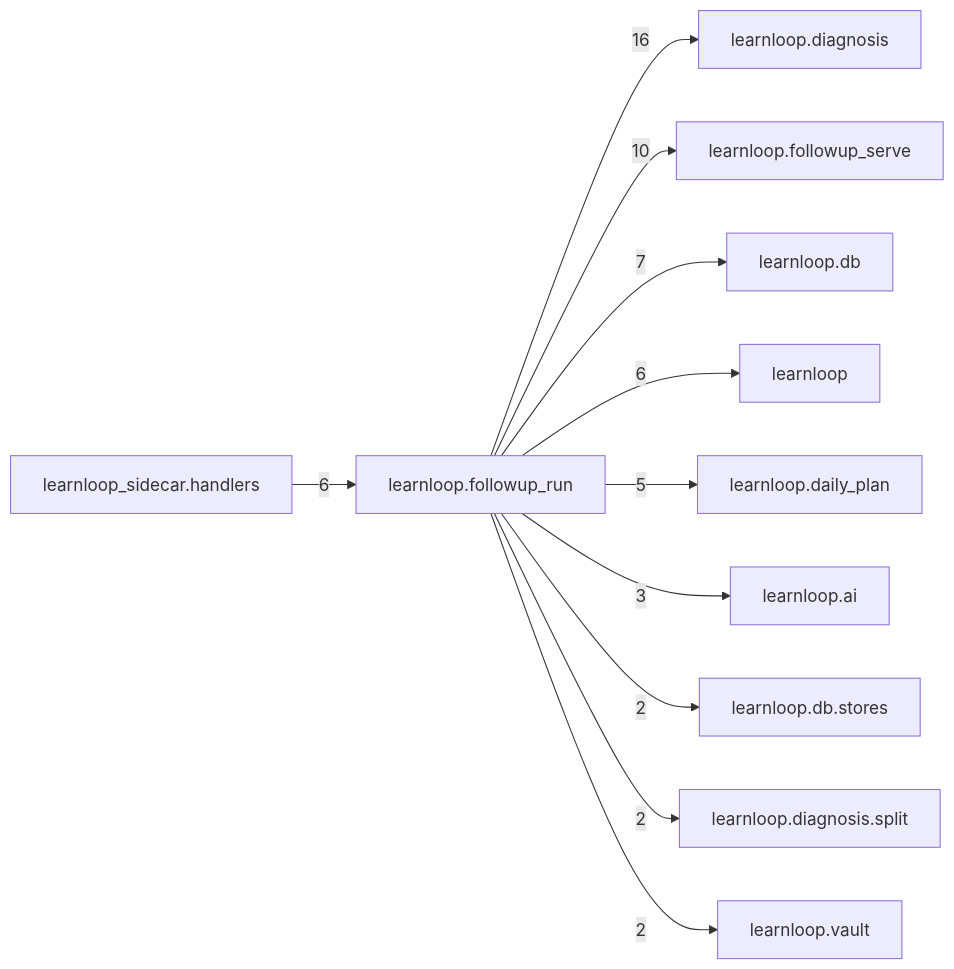
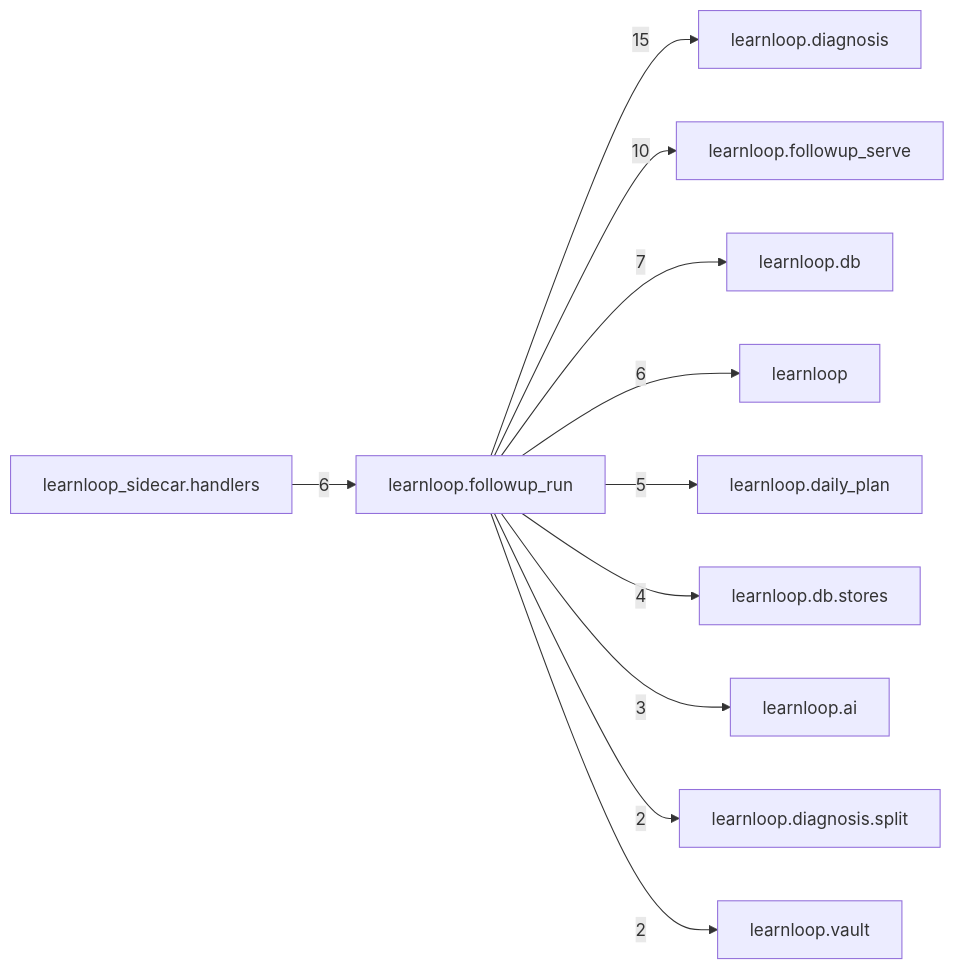
One commit to 6up-b/learnanything changed the diagram in docs/learnloop-architecture-vault/Reference/Modules/learnloop/followup_run/_package.md. Above: the diagram before and after it, drawn with Mermaid. The commit also changed other lines of this file and 543 other files, not shown here.

````diff
--- a/docs/learnloop-architecture-vault/Reference/Modules/learnloop/followup_run/_package.md
+++ b/docs/learnloop-architecture-vault/Reference/Modules/learnloop/followup_run/_package.md
@@ -92,24 +92,24 @@
 ```mermaid
 flowchart LR
     center["learnloop.followup_run"]
     n_learnloop_diagnosis["learnloop.diagnosis"]
     n_learnloop_followup_serve["learnloop.followup_serve"]
     n_learnloop_db["learnloop.db"]
     n_learnloop["learnloop"]
     n_learnloop_sidecar_handlers["learnloop_sidecar.handlers"]
     n_learnloop_daily_plan["learnloop.daily_plan"]
+    n_learnloop_db_stores["learnloop.db.stores"]
     n_learnloop_ai["learnloop.ai"]
-    n_learnloop_db_stores["learnloop.db.stores"]
     n_learnloop_diagnosis_split["learnloop.diagnosis.split"]
     n_learnloop_vault["learnloop.vault"]
-    center -->|16| n_learnloop_diagnosis
+    center -->|15| n_learnloop_diagnosis
     center -->|10| n_learnloop_followup_serve
     center -->|7| n_learnloop_db
     center -->|6| n_learnloop
     n_learnloop_sidecar_handlers -->|6| center
     center -->|5| n_learnloop_daily_plan
+    center -->|4| n_learnloop_db_stores
     center -->|3| n_learnloop_ai
-    center -->|2| n_learnloop_db_stores
     center -->|2| n_learnloop_diagnosis_split
     center -->|2| n_learnloop_vault
 ```
````
